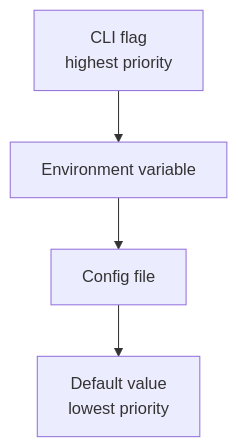
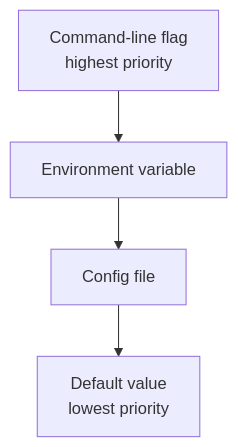
Before and after one commit to ConductorOne/docs: the diagram in developer/config-schema.mdx, drawn with Mermaid. The commit also changed other lines of this file and 2 other files, not shown here.

````diff
--- a/developer/config-schema.mdx
+++ b/developer/config-schema.mdx
@@ -319,7 +437,7 @@
 ```mermaid
 flowchart TD
-    CLI[CLI flag<br>highest priority]
+    CLI[Command-line flag<br>highest priority]
     CLI --> Env[Environment variable]
     Env --> Config[Config file]
     Config --> Default[Default value<br>lowest priority]
 ```
````
